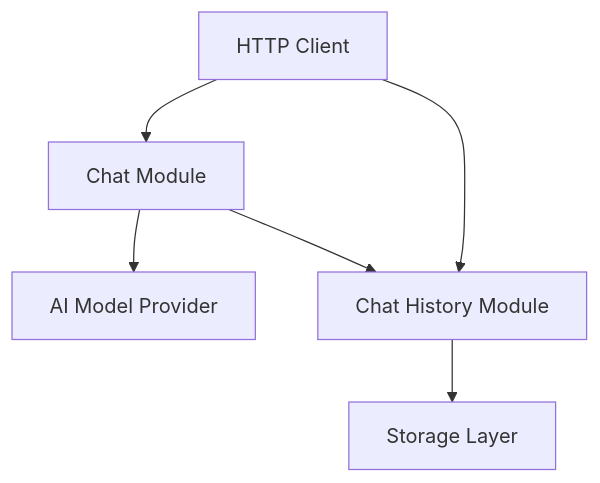
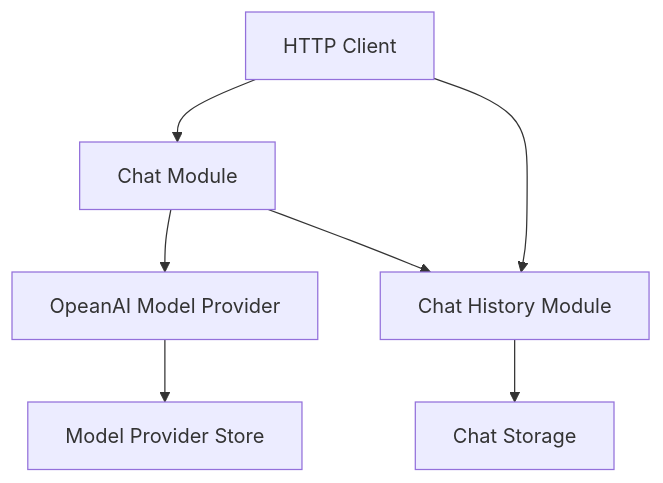
The diagram in backend/architecture/chat.md (modAI-systems/modAI-chat), drawn with Mermaid before and after one commit. The commit also changed other lines of this file, not shown here.

Commit message:
docs: extend chat architecture

````diff
--- a/backend/architecture/chat.md
+++ b/backend/architecture/chat.md
@@ -17,8 +17,9 @@
 ```mermaid
 flowchart TD
     A[HTTP Client] --> B[Chat Module]
-    B --> C[AI Model Provider]
+    B --> C[OpeanAI Model Provider]
+    C --> F[Model Provider Store]
     B --> D[Chat History Module]
-    D --> E[Storage Layer]
+    D --> E[Chat Storage]
     A --> D
 ```
````
